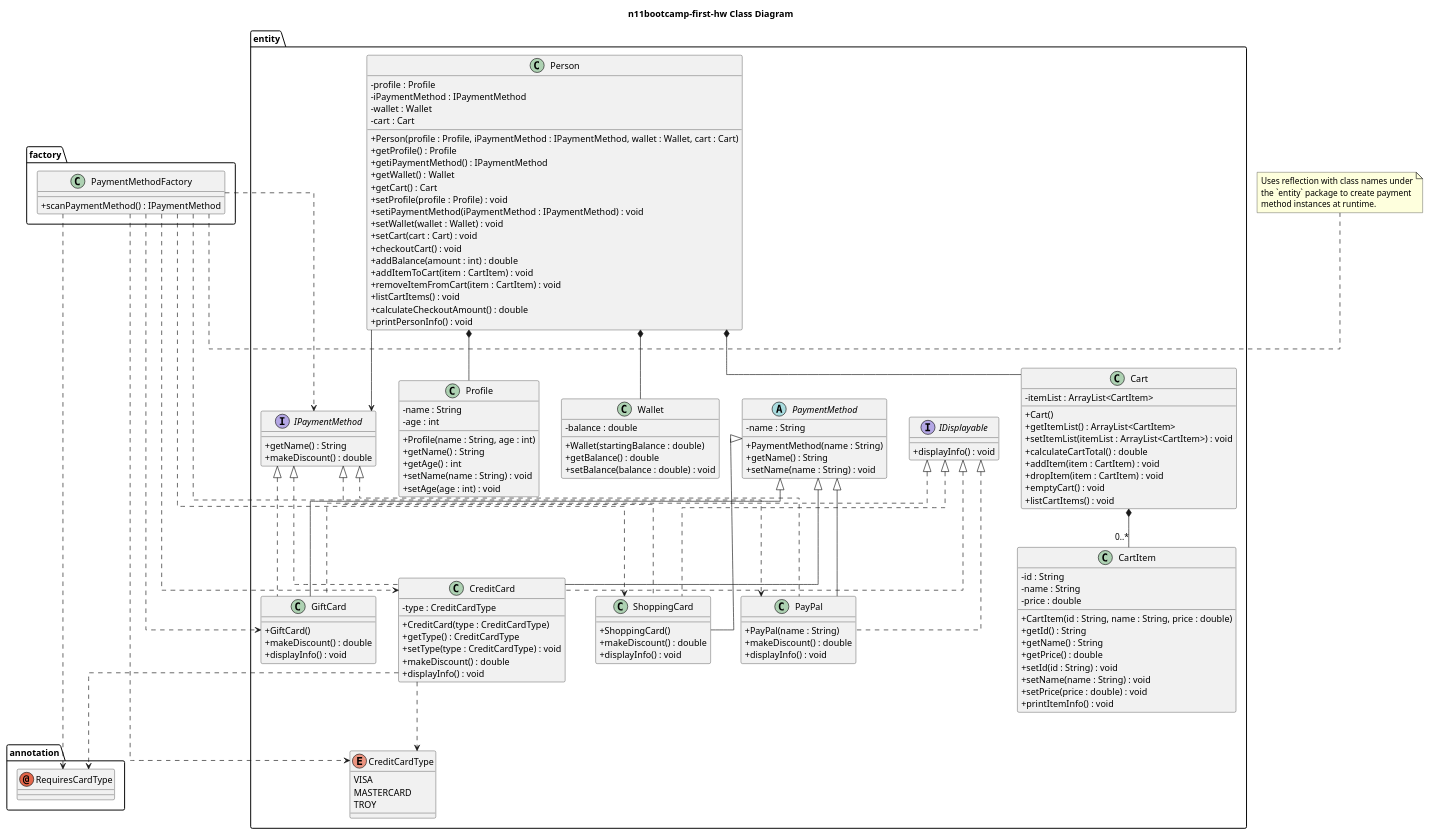
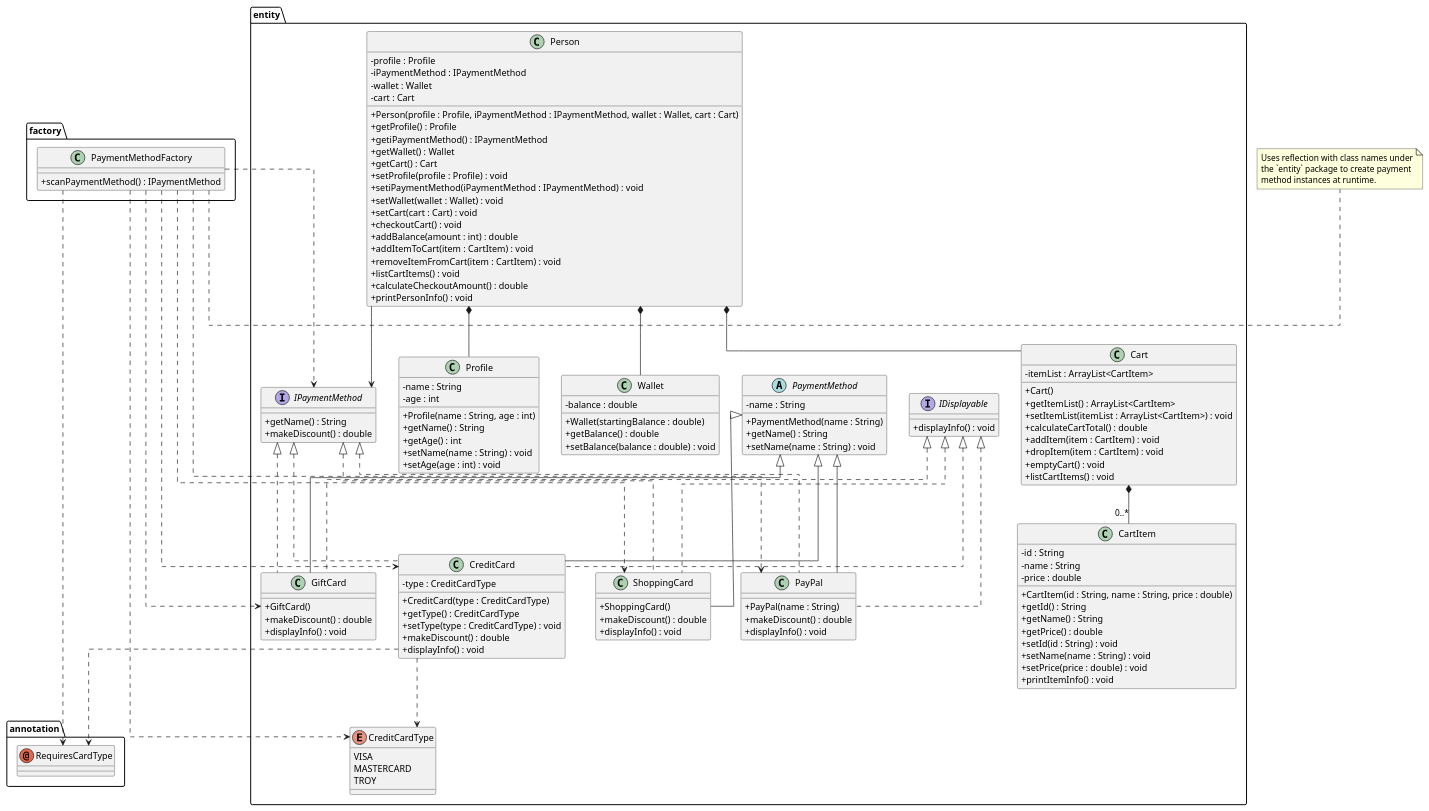
Before and after one commit to replakcan/n11bootcamp: the diagram in project-diagram.puml, drawn with PlantUML.

Commit message:
adds name inside plantuml

```diff
--- a/project-diagram.puml
+++ b/project-diagram.puml
@@ -1,173 +1,172 @@
-@startuml
-title n11bootcamp-first-hw Class Diagram
+@startuml n11bootcamp-first-hw Class Diagram
 
 skinparam classAttributeIconSize 0
 skinparam shadowing false
 skinparam linetype ortho
 
 package annotation {
   annotation RequiresCardType
 }
 
 package entity {
   interface IPaymentMethod {
     +getName() : String
     +makeDiscount() : double
   }
 
   interface IDisplayable {
     +displayInfo() : void
   }
 
   abstract class PaymentMethod {
     -name : String
     +PaymentMethod(name : String)
     +getName() : String
     +setName(name : String) : void
   }
 
   enum CreditCardType {
     VISA
     MASTERCARD
     TROY
   }
 
   class CreditCard {
     -type : CreditCardType
     +CreditCard(type : CreditCardType)
     +getType() : CreditCardType
     +setType(type : CreditCardType) : void
     +makeDiscount() : double
     +displayInfo() : void
   }
 
   class GiftCard {
     +GiftCard()
     +makeDiscount() : double
     +displayInfo() : void
   }
 
   class ShoppingCard {
     +ShoppingCard()
     +makeDiscount() : double
     +displayInfo() : void
   }
 
   class PayPal {
     +PayPal(name : String)
     +makeDiscount() : double
     +displayInfo() : void
   }
 
   class Profile {
     -name : String
     -age : int
     +Profile(name : String, age : int)
     +getName() : String
     +getAge() : int
     +setName(name : String) : void
     +setAge(age : int) : void
   }
 
   class Wallet {
     -balance : double
     +Wallet(startingBalance : double)
     +getBalance() : double
     +setBalance(balance : double) : void
   }
 
   class CartItem {
     -id : String
     -name : String
     -price : double
     +CartItem(id : String, name : String, price : double)
     +getId() : String
     +getName() : String
     +getPrice() : double
     +setId(id : String) : void
     +setName(name : String) : void
     +setPrice(price : double) : void
     +printItemInfo() : void
   }
 
   class Cart {
     -itemList : ArrayList<CartItem>
     +Cart()
     +getItemList() : ArrayList<CartItem>
     +setItemList(itemList : ArrayList<CartItem>) : void
     +calculateCartTotal() : double
     +addItem(item : CartItem) : void
     +dropItem(item : CartItem) : void
     +emptyCart() : void
     +listCartItems() : void
   }
 
   class Person {
     -profile : Profile
     -iPaymentMethod : IPaymentMethod
     -wallet : Wallet
     -cart : Cart
     +Person(profile : Profile, iPaymentMethod : IPaymentMethod, wallet : Wallet, cart : Cart)
     +getProfile() : Profile
     +getiPaymentMethod() : IPaymentMethod
     +getWallet() : Wallet
     +getCart() : Cart
     +setProfile(profile : Profile) : void
     +setiPaymentMethod(iPaymentMethod : IPaymentMethod) : void
     +setWallet(wallet : Wallet) : void
     +setCart(cart : Cart) : void
     +checkoutCart() : void
     +addBalance(amount : int) : double
     +addItemToCart(item : CartItem) : void
     +removeItemFromCart(item : CartItem) : void
     +listCartItems() : void
     +calculateCheckoutAmount() : double
     +printPersonInfo() : void
   }
 }
 
 package factory {
   class PaymentMethodFactory {
     +scanPaymentMethod() : IPaymentMethod
   }
 }
 
 PaymentMethod <|-- CreditCard
 PaymentMethod <|-- GiftCard
 PaymentMethod <|-- ShoppingCard
 PaymentMethod <|-- PayPal
 
 IPaymentMethod <|.. CreditCard
 IPaymentMethod <|.. GiftCard
 IPaymentMethod <|.. ShoppingCard
 IPaymentMethod <|.. PayPal
 
 IDisplayable <|.. CreditCard
 IDisplayable <|.. GiftCard
 IDisplayable <|.. ShoppingCard
 IDisplayable <|.. PayPal
 
 CreditCard ..> CreditCardType
 CreditCard ..> RequiresCardType
 
 Person *-- Profile
 Person *-- Wallet
 Person *-- Cart
 Person --> IPaymentMethod
 Cart *-- "0..*" CartItem
 
 PaymentMethodFactory ..> IPaymentMethod
 PaymentMethodFactory ..> CreditCardType
 PaymentMethodFactory ..> RequiresCardType
 PaymentMethodFactory ..> CreditCard
 PaymentMethodFactory ..> GiftCard
 PaymentMethodFactory ..> ShoppingCard
 PaymentMethodFactory ..> PayPal
 
 note right of PaymentMethodFactory
 Uses reflection with class names under
 the `entity` package to create payment
 method instances at runtime.
 end note
 
 @enduml
```
